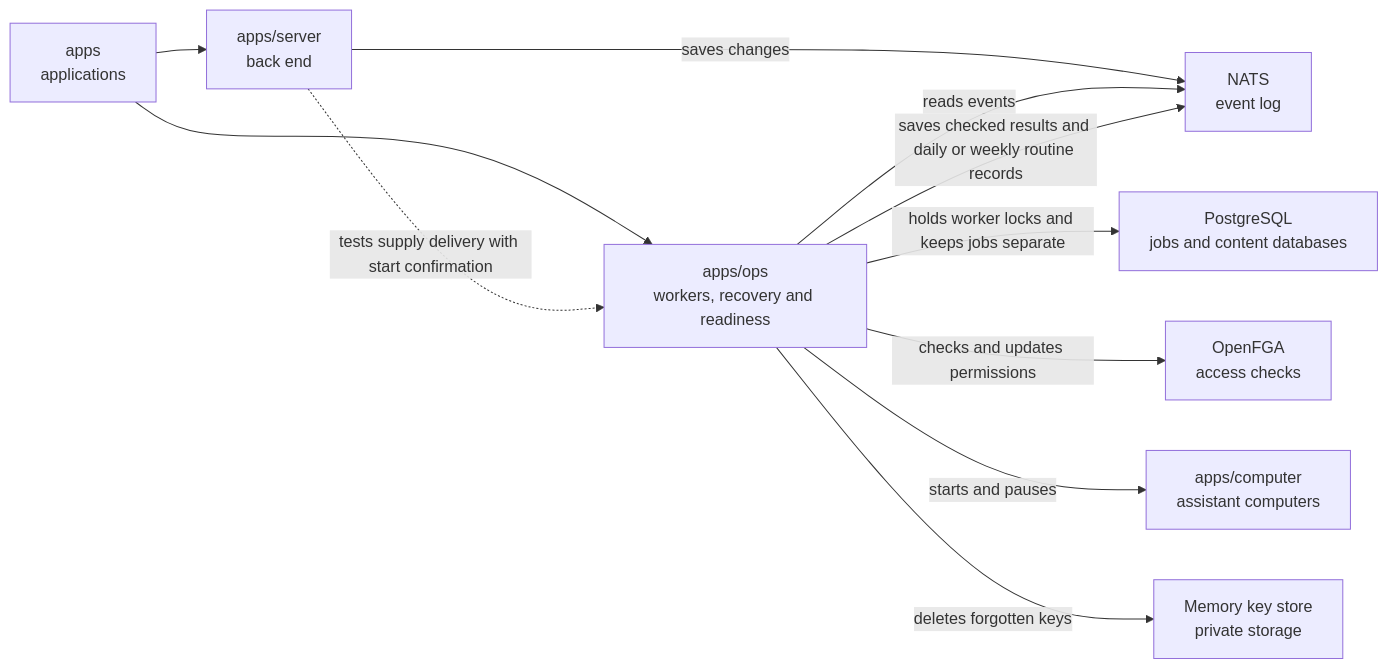
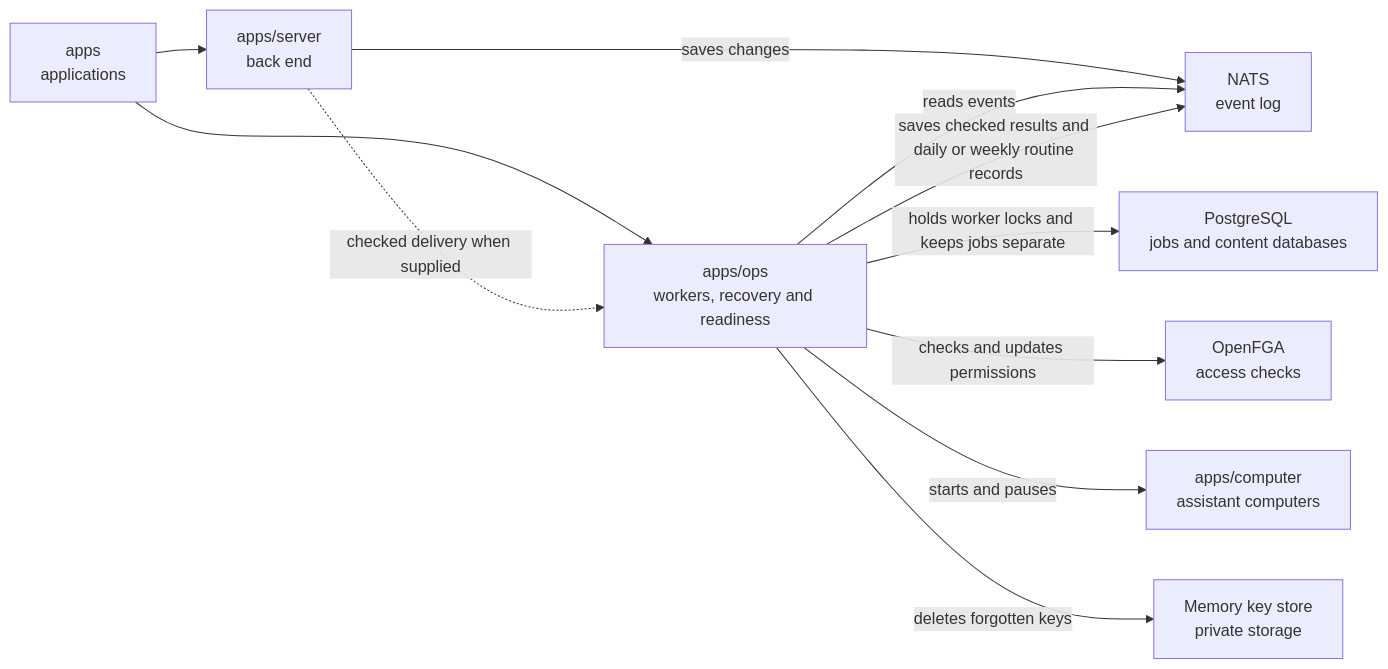
The diagram in apps/ops/README.md (elewa-git/opencrane-new), drawn with Mermaid before and after one commit. The commit also changed other lines of this file and 8 other files, not shown here.

Commit message:
🛡️ Refuse routine delivery before a checked callback exists

````diff
--- a/apps/ops/README.md
+++ b/apps/ops/README.md
@@ -17,13 +17,13 @@
 ```mermaid
 flowchart LR
   apps["apps<br/>applications"] --> ops["apps/ops<br/>workers, recovery and readiness"]
   apps --> server["apps/server<br/>back end"]
-  server -.->|tests supply delivery with start confirmation| ops
+  server -.->|checked delivery when supplied| ops
   server -->|saves changes| nats["NATS<br/>event log"]
   ops -->|reads events| nats
   ops -->|saves checked results and daily or weekly routine records| nats
   ops -->|holds worker locks and keeps jobs separate| pg["PostgreSQL<br/>jobs and content databases"]
   ops -->|checks and updates permissions| fga["OpenFGA<br/>access checks"]
   ops -->|starts and pauses| computer["apps/computer<br/>assistant computers"]
   ops -->|deletes forgotten keys| keys["Memory key store<br/>private storage"]
 ```
````
